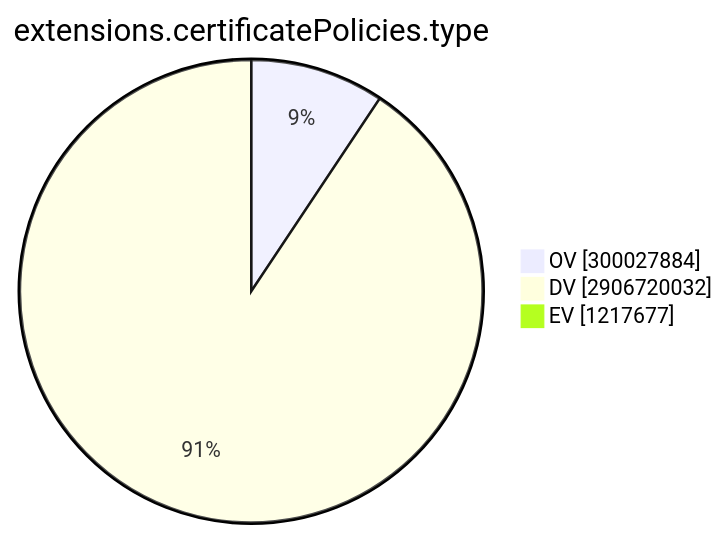
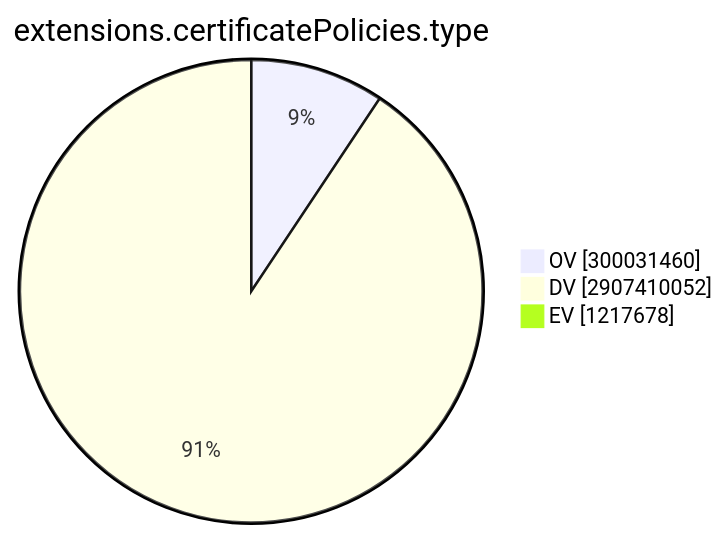
The ninth of 15 diagrams in TOTAL/README.md (christiankrug/ctmonitor_visualization), drawn with Mermaid before and after one commit. The commit also changed other lines of this file, not shown here.

````diff
--- a/TOTAL/README.md
+++ b/TOTAL/README.md
@@ -3101,7 +3101,7 @@
 ```mermaid
 pie showData
 title extensions.certificatePolicies.type
-"OV" :300027884
-"DV" :2906720032
-"EV" :1217677
+"OV" :300031460
+"DV" :2907410052
+"EV" :1217678
 ```
````
